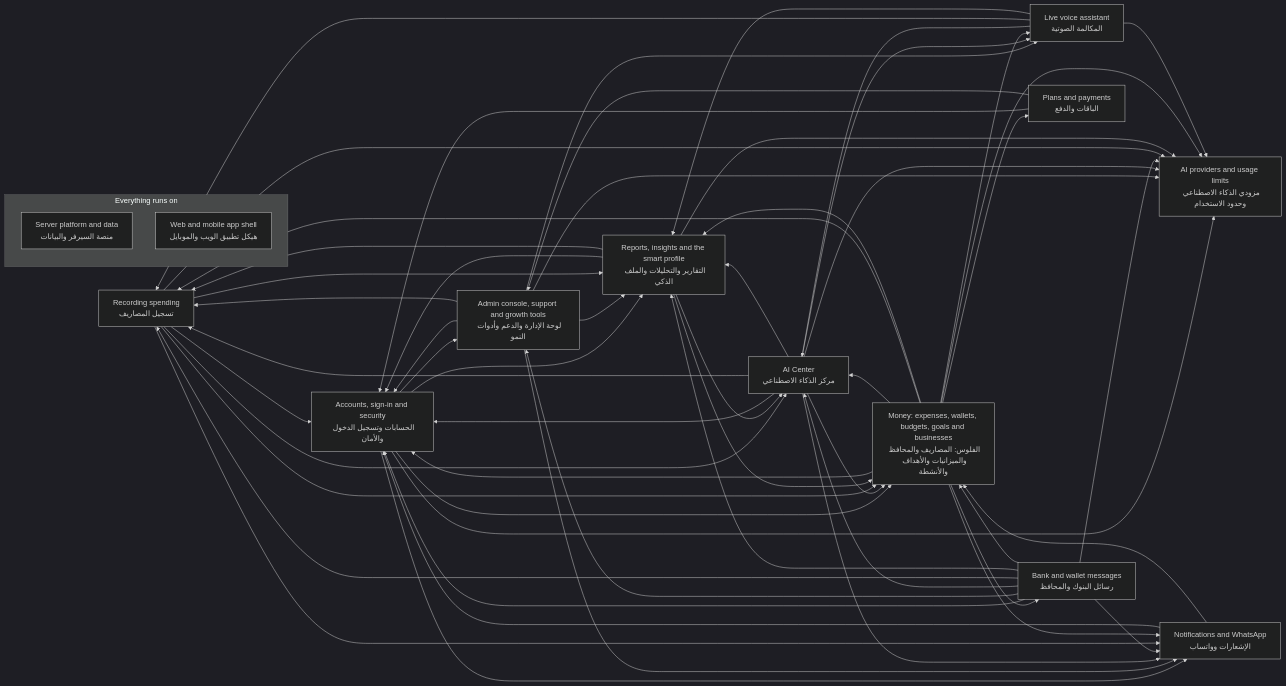
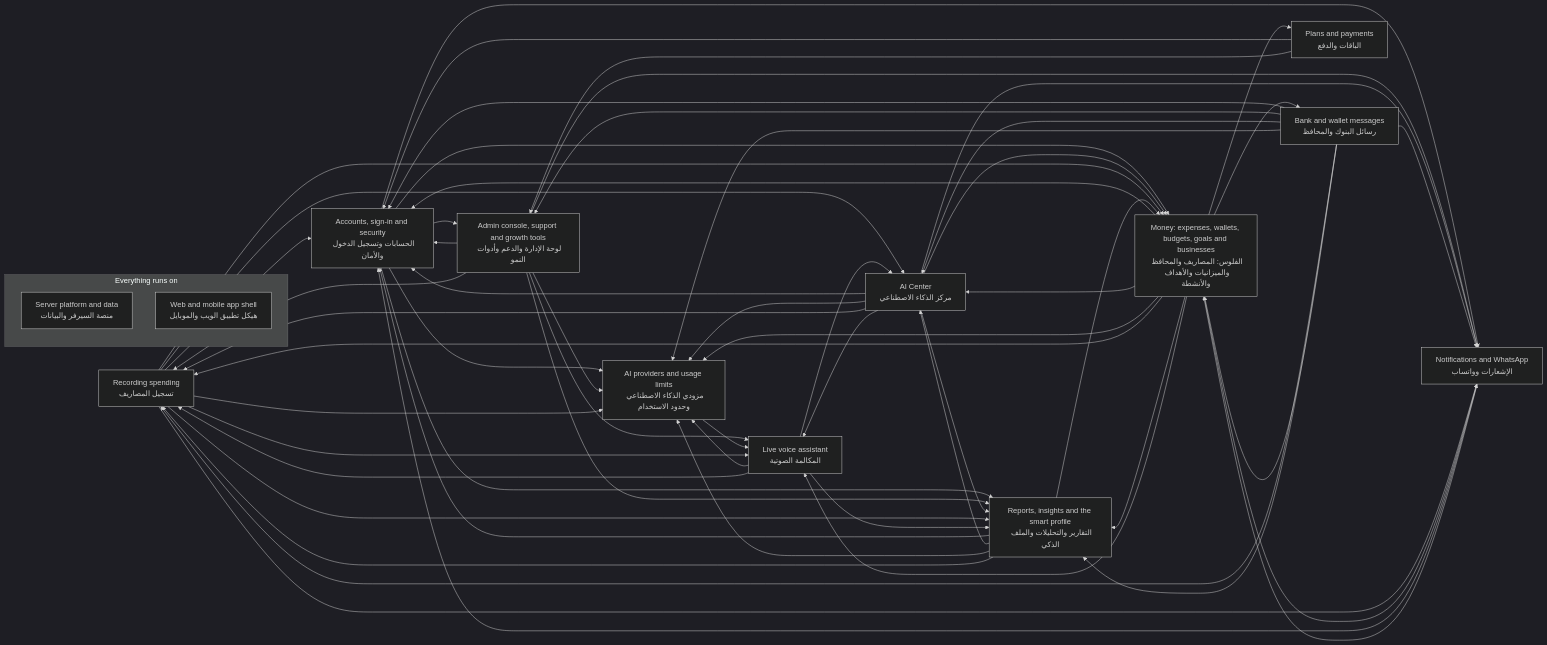
One commit to mahmoudtaherr111/smartspend_mini_all changed the diagram in docs/atlas/systems/README.md. Above: the diagram before and after it, drawn with Mermaid (dark theme). The commit also changed other lines of this file and 16 other files, not shown here.

````diff
--- a/docs/atlas/systems/README.md
+++ b/docs/atlas/systems/README.md
@@ -15,72 +15,74 @@
 ```mermaid
 flowchart LR
   sys_expense_capture["Recording spending<br/>تسجيل المصاريف"]
   sys_bank_messages["Bank and wallet messages<br/>رسائل البنوك والمحافظ"]
   sys_voice_calls["Live voice assistant<br/>المكالمة الصوتية"]
   sys_ai_center["AI Center<br/>مركز الذكاء الاصطناعي"]
   sys_insights["Reports, insights and the smart profile<br/>التقارير والتحليلات والملف الذكي"]
   sys_money["Money: expenses, wallets, budgets, goals and businesses<br/>الفلوس: المصاريف والمحافظ والميزانيات والأهداف والأنشطة"]
   sys_accounts["Accounts, sign-in and security<br/>الحسابات وتسجيل الدخول والأمان"]
   sys_billing["Plans and payments<br/>الباقات والدفع"]
   sys_notifications["Notifications and WhatsApp<br/>الإشعارات وواتساب"]
   sys_admin["Admin console, support and growth tools<br/>لوحة الإدارة والدعم وأدوات النمو"]
   sys_ai_platform["AI providers and usage limits<br/>مزودي الذكاء الاصطناعي وحدود الاستخدام"]
   subgraph g_foundation["Everything runs on"]
     sys_platform["Server platform and data<br/>منصة السيرفر والبيانات"]
     sys_web_app["Web and mobile app shell<br/>هيكل تطبيق الويب والموبايل"]
   end
   sys_accounts --> sys_admin
   sys_accounts --> sys_ai_platform
   sys_accounts --> sys_insights
   sys_accounts --> sys_money
   sys_accounts --> sys_notifications
   sys_admin --> sys_accounts
   sys_admin --> sys_ai_platform
   sys_admin --> sys_expense_capture
   sys_admin --> sys_insights
   sys_admin --> sys_notifications
   sys_admin --> sys_voice_calls
   sys_ai_center --> sys_accounts
   sys_ai_center --> sys_ai_platform
   sys_ai_center --> sys_expense_capture
   sys_ai_center --> sys_insights
   sys_ai_center --> sys_money
   sys_ai_center --> sys_notifications
   sys_ai_center --> sys_voice_calls
+  sys_ai_platform --> sys_voice_calls
   sys_bank_messages --> sys_accounts
   sys_bank_messages --> sys_admin
   sys_bank_messages --> sys_ai_center
   sys_bank_messages --> sys_ai_platform
   sys_bank_messages --> sys_expense_capture
   sys_bank_messages --> sys_insights
   sys_bank_messages --> sys_money
   sys_bank_messages --> sys_notifications
   sys_billing --> sys_accounts
   sys_billing --> sys_admin
   sys_expense_capture --> sys_accounts
   sys_expense_capture --> sys_ai_center
   sys_expense_capture --> sys_ai_platform
   sys_expense_capture --> sys_insights
   sys_expense_capture --> sys_money
   sys_expense_capture --> sys_notifications
+  sys_expense_capture --> sys_voice_calls
   sys_insights --> sys_accounts
   sys_insights --> sys_ai_center
   sys_insights --> sys_ai_platform
   sys_insights --> sys_expense_capture
   sys_insights --> sys_money
   sys_money --> sys_accounts
   sys_money --> sys_ai_center
   sys_money --> sys_ai_platform
   sys_money --> sys_bank_messages
   sys_money --> sys_billing
   sys_money --> sys_expense_capture
   sys_money --> sys_insights
   sys_money --> sys_notifications
   sys_money --> sys_voice_calls
   sys_notifications --> sys_accounts
   sys_notifications --> sys_money
   sys_voice_calls --> sys_ai_center
   sys_voice_calls --> sys_ai_platform
   sys_voice_calls --> sys_expense_capture
   sys_voice_calls --> sys_insights
 ```
````
